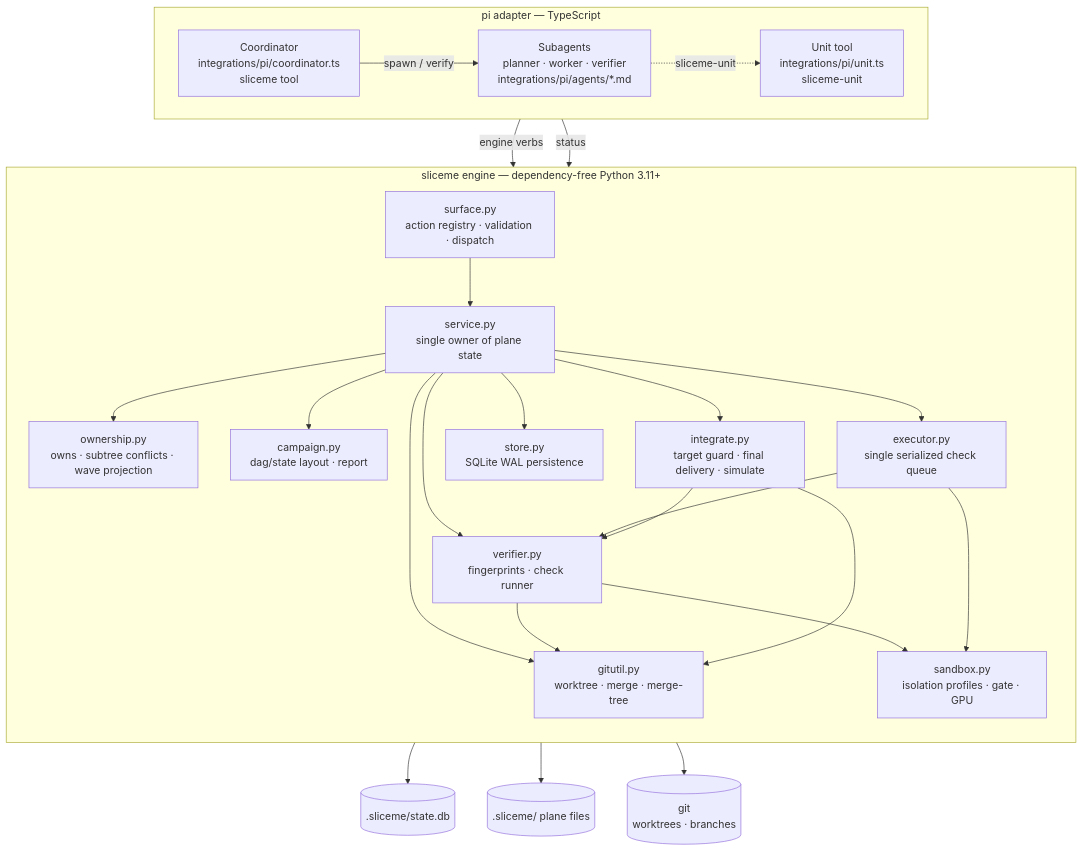
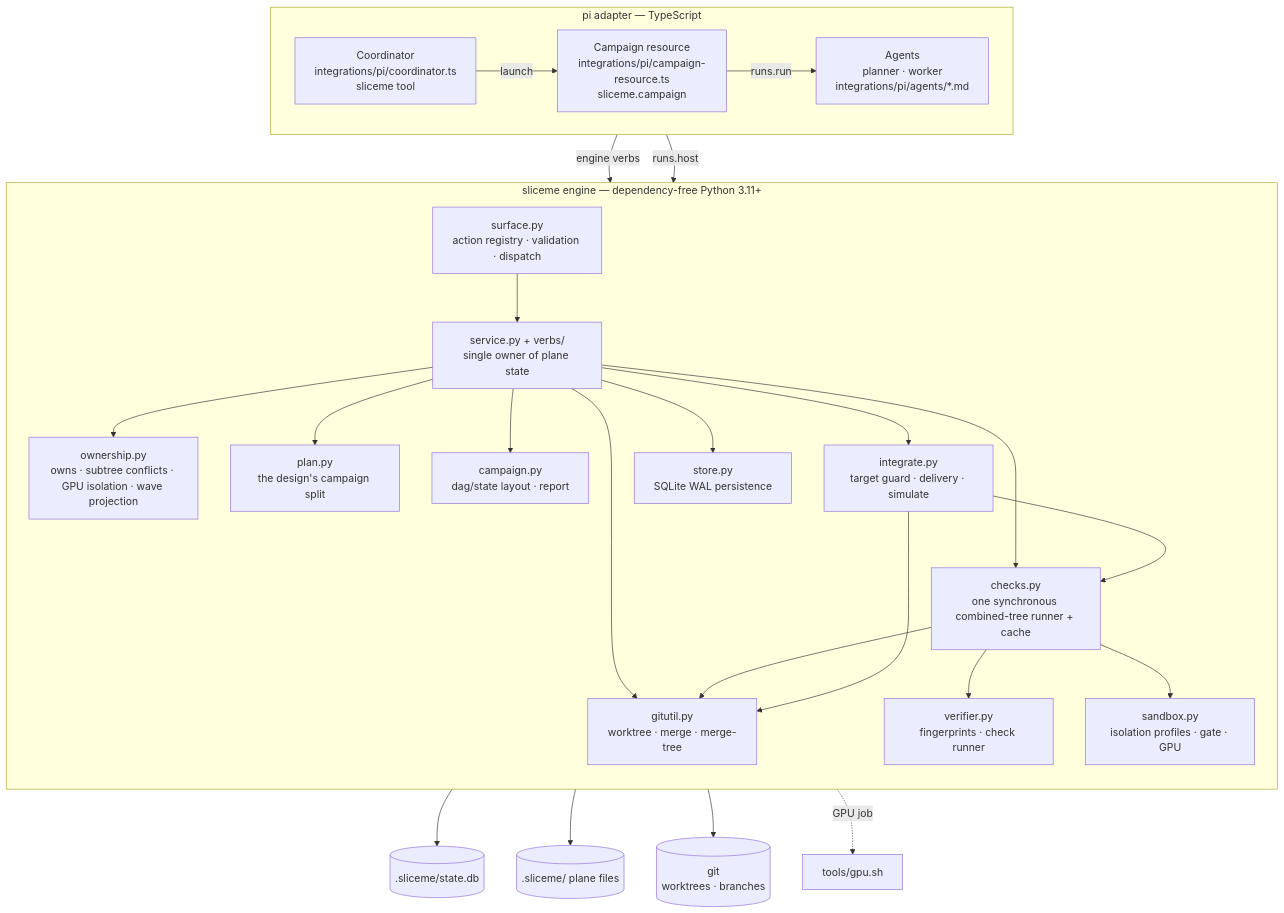
Before and after one commit to ming6ao/sliceme: the second of 10 diagrams in docs/architecture.md, drawn with Mermaid. The commit also changed other lines of this file and 77 other files, not shown here.

First line of the commit message:
refactor: reduce sliceme to one engine and one Pi extension

````diff
--- a/docs/architecture.md
+++ b/docs/architecture.md
@@ -73,49 +75,50 @@
 ```mermaid
 flowchart TB
   subgraph adapter["pi adapter — TypeScript"]
     direction LR
     CO["Coordinator<br/>integrations/pi/coordinator.ts<br/>sliceme tool"]
-    SA["Subagents<br/>planner · worker · verifier<br/>integrations/pi/agents/*.md"]
-    UN["Unit tool<br/>integrations/pi/unit.ts<br/>sliceme-unit"]
+    RS["Campaign resource<br/>integrations/pi/campaign-resource.ts<br/>sliceme.campaign"]
+    SA["Agents<br/>planner · worker<br/>integrations/pi/agents/*.md"]
   end
 
   subgraph engine["sliceme engine — dependency-free Python 3.11+"]
     direction TB
     SU["surface.py<br/>action registry · validation · dispatch"]
-    SE["service.py<br/>single owner of plane state"]
-    OW["ownership.py<br/>owns · subtree conflicts · wave projection"]
+    SE["service.py + verbs/<br/>single owner of plane state"]
+    OW["ownership.py<br/>owns · subtree conflicts · GPU isolation · wave projection"]
+    PL["plan.py<br/>the design's campaign split"]
     CA["campaign.py<br/>dag/state layout · report"]
     VE["verifier.py<br/>fingerprints · check runner"]
     SB["sandbox.py<br/>isolation profiles · gate · GPU"]
-    EX["executor.py<br/>single serialized check queue"]
-    IN["integrate.py<br/>target guard · final delivery · simulate"]
+    CH["checks.py<br/>one synchronous combined-tree runner + cache"]
+    IN["integrate.py<br/>target guard · delivery · simulate"]
     GU["gitutil.py<br/>worktree · merge · merge-tree"]
     STO["store.py<br/>SQLite WAL persistence"]
   end
 
   STATE[(".sliceme/state.db")]
   FILES[(".sliceme/ plane files")]
   GIT[("git<br/>worktrees · branches")]
 
   CO -->|"engine verbs"| SU
-  CO -->|"spawn / verify"| SA
-  SA -.->|"sliceme-unit"| UN
-  UN -->|"status"| SU
+  CO -->|"launch"| RS
+  RS -->|"runs.run"| SA
+  RS -->|"runs.host"| SU
   SU --> SE
   SE --> OW
+  SE --> PL
   SE --> CA
-  SE --> VE
   SE --> IN
-  SE --> EX
+  SE --> CH
   SE --> GU
-  VE --> SB
-  VE --> GU
-  EX --> SB
-  EX --> VE
+  CH --> VE
+  CH --> SB
+  CH --> GU
   IN --> GU
-  IN --> VE
+  IN --> CH
   SE --> STO
   STO --> STATE
   CA --> FILES
   GU --> GIT
+  SB -.->|"GPU job"| GPU["tools/gpu.sh"]
 ```
````
